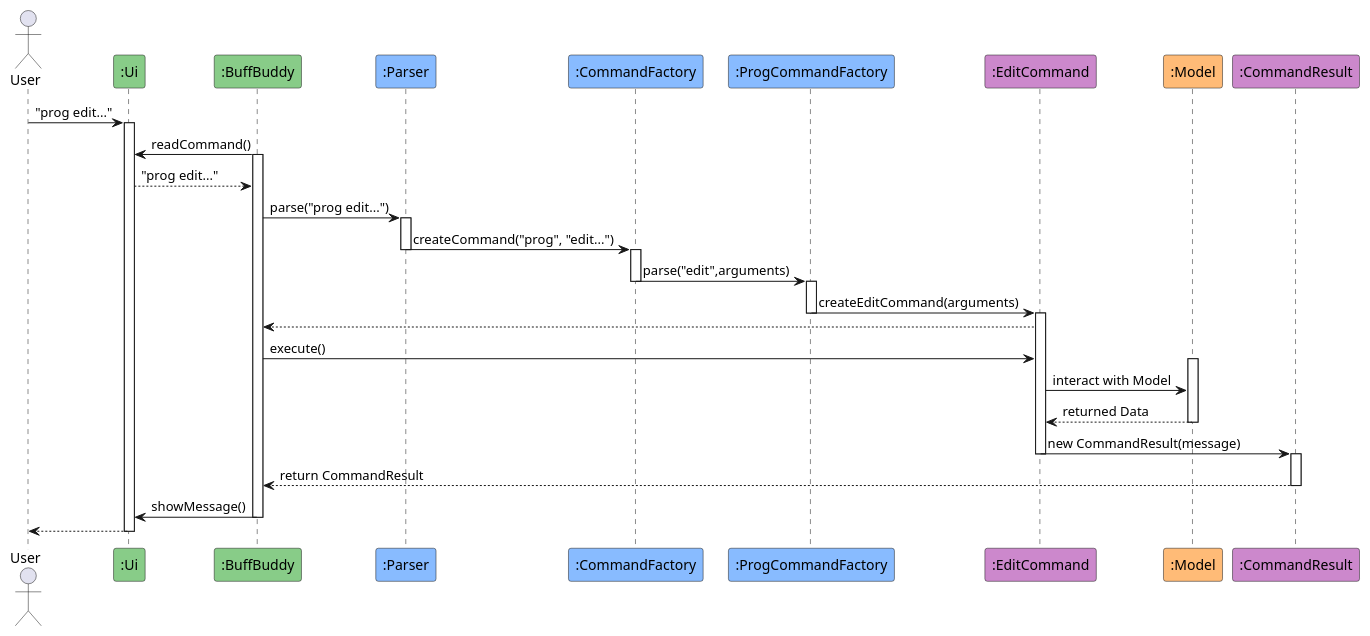
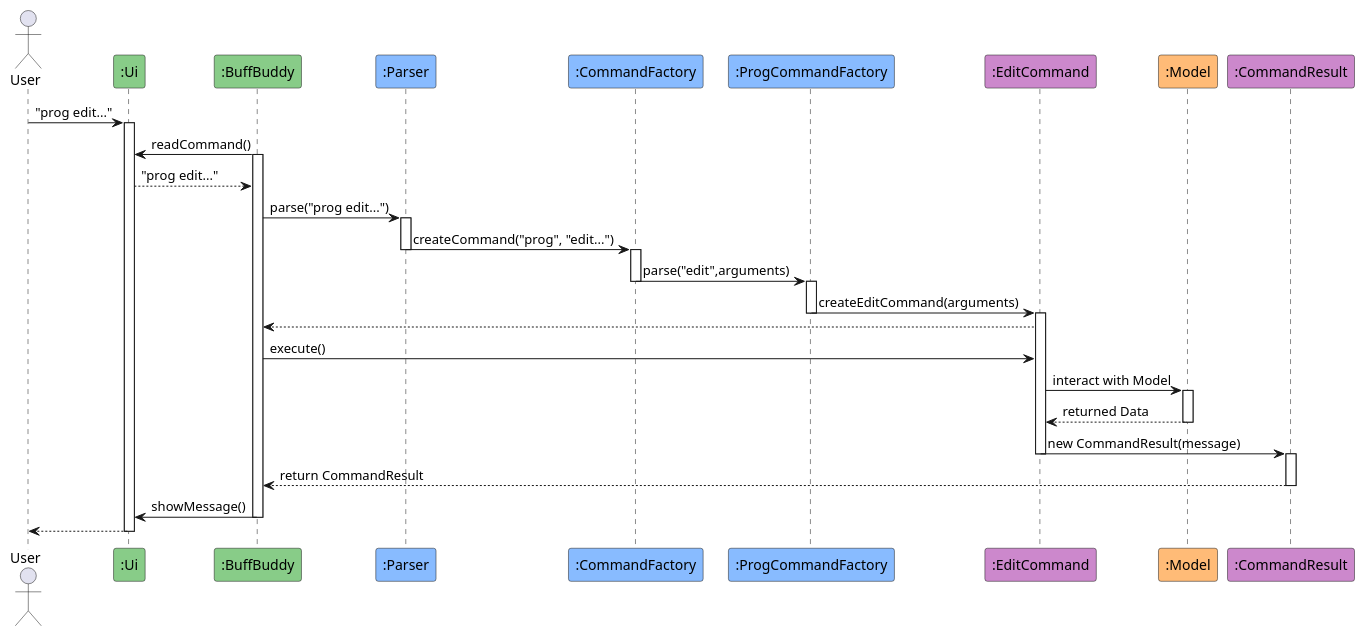
One commit to nus-cs2113-AY2425S1/tp changed the diagram in docs/diagrams/editCommand.puml. Above: the diagram before and after it, drawn with PlantUML. The commit also changed 66 other files, not shown here.

```diff
--- a/docs/diagrams/editCommand.puml
+++ b/docs/diagrams/editCommand.puml
@@ -1,60 +1,61 @@
 @startuml
 actor User
 participant ":Ui" as Ui #88cc88
 participant ":BuffBuddy" as BuffBuddy #88cc88
 participant ":Parser" as Parser #88bbff
 participant ":CommandFactory" as CommandFactory #88bbff
 participant ":ProgCommandFactory" as ProgCommandFactory #88bbff
 participant ":EditCommand" as Command #cc88cc
 participant ":Model" as Model #ffbb77
 participant ":CommandResult" as CommandResult #cc88cc
 
 
 
 
 
 User -> Ui : "prog edit..."
 activate Ui
 BuffBuddy -> Ui: readCommand()
 activate BuffBuddy
 Ui --> BuffBuddy : "prog edit..."
 
 BuffBuddy -> Parser : parse("prog edit...")
 activate Parser
 
 Parser -> CommandFactory : createCommand("prog", "edit...")
 deactivate Parser
 activate CommandFactory
 
 CommandFactory -> ProgCommandFactory : parse("edit",arguments)
 deactivate CommandFactory
 activate ProgCommandFactory
 
 
 ProgCommandFactory -> Command : createEditCommand(arguments)
 deactivate ProgCommandFactory
 
 activate Command
 BuffBuddy <-- Command
 
 BuffBuddy -> Command : execute()
-activate Model
+
 
 Command -> Model : interact with Model
+activate Model
 Command <-- Model: returned Data
 deactivate Model
 
 
 Command -> CommandResult: new CommandResult(message)
 
 deactivate Command
 activate CommandResult
 BuffBuddy <-- CommandResult : return CommandResult
 deactivate CommandResult
 BuffBuddy -> Ui : showMessage()
 deactivate BuffBuddy
 
 User <-- Ui
 deactivate Ui
 
 @enduml
```
